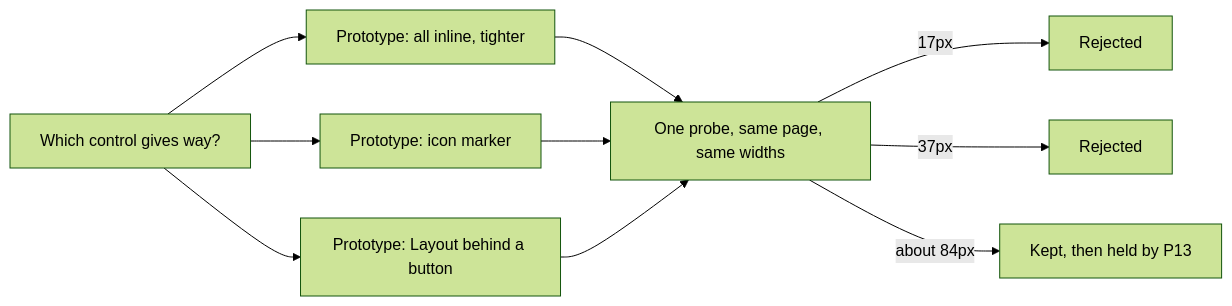
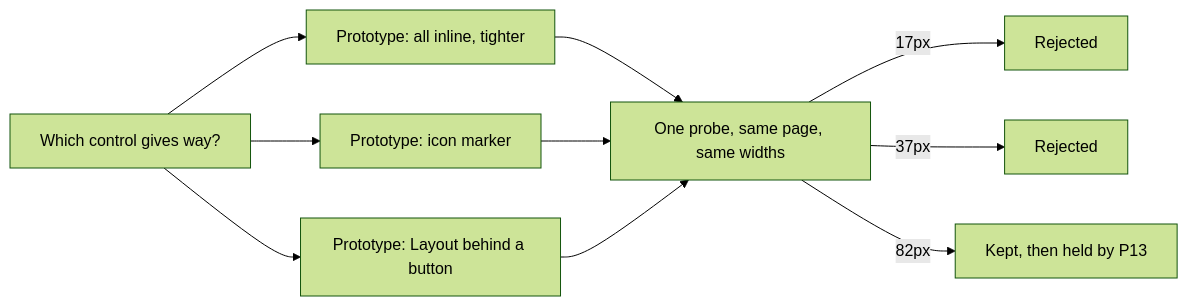
Before and after one commit to mite404/yaklabs: diagram 16 of 16 in docs/FOR_ETHAN.md, drawn with Mermaid (forest theme). The commit also changed other lines of this file and 1 other file, not shown here.

Commit message:
docs: record the measured 82px title at 390px
Claude-Session: https://claude.ai/code/session_013W8qCHCHaLTyBnduZKdS7K

````diff
--- a/docs/FOR_ETHAN.md
+++ b/docs/FOR_ETHAN.md
@@ -1433,12 +1433,12 @@
 ```mermaid
 flowchart LR
   Q[Which control gives way?] --> P1[Prototype: all inline, tighter]
   Q --> P2[Prototype: icon marker]
   Q --> P3[Prototype: Layout behind a button]
   P1 --> M[One probe, same page, same widths]
   P2 --> M
   P3 --> M
   M -->|17px| X1[Rejected]
   M -->|37px| X2[Rejected]
-  M -->|about 84px| K[Kept, then held by P13]
+  M -->|82px| K[Kept, then held by P13]
 ```
````
